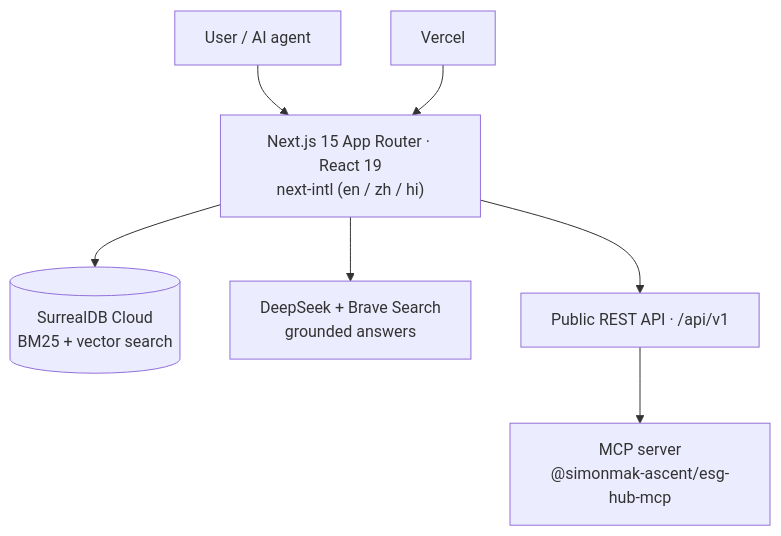
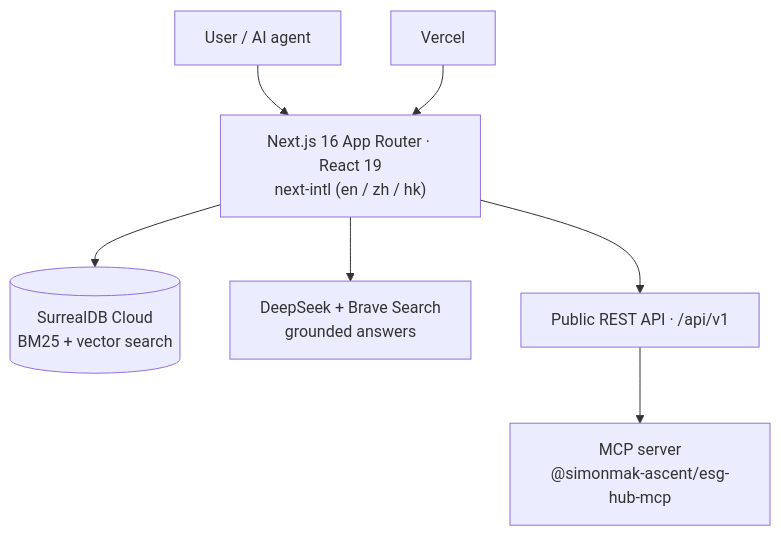
Before and after one commit to simonmak-ascent/esg-hub: the first of 4 diagrams in README.md, drawn with Mermaid. The commit also changed other lines of this file and 2 other files, not shown here.

Commit message:
docs: refresh README + agent docs (locales en/zh/hk, Next 16) (#78)

````diff
--- a/README.md
+++ b/README.md
@@ -26,9 +26,9 @@
 ```mermaid
 flowchart TB
-  U["User / AI agent"] --> WEB["Next.js 15 App Router · React 19<br/>next-intl (en / zh / hi)"]
+  U["User / AI agent"] --> WEB["Next.js 16 App Router · React 19<br/>next-intl (en / zh / hk)"]
   WEB --> DB[("SurrealDB Cloud<br/>BM25 + vector search")]
   WEB --> AI["DeepSeek + Brave Search<br/>grounded answers"]
   WEB --> API["Public REST API · /api/v1"]
   API --> MCP["MCP server<br/>@simonmak-ascent/esg-hub-mcp"]
   V["Vercel"] --> WEB
 ```
````
